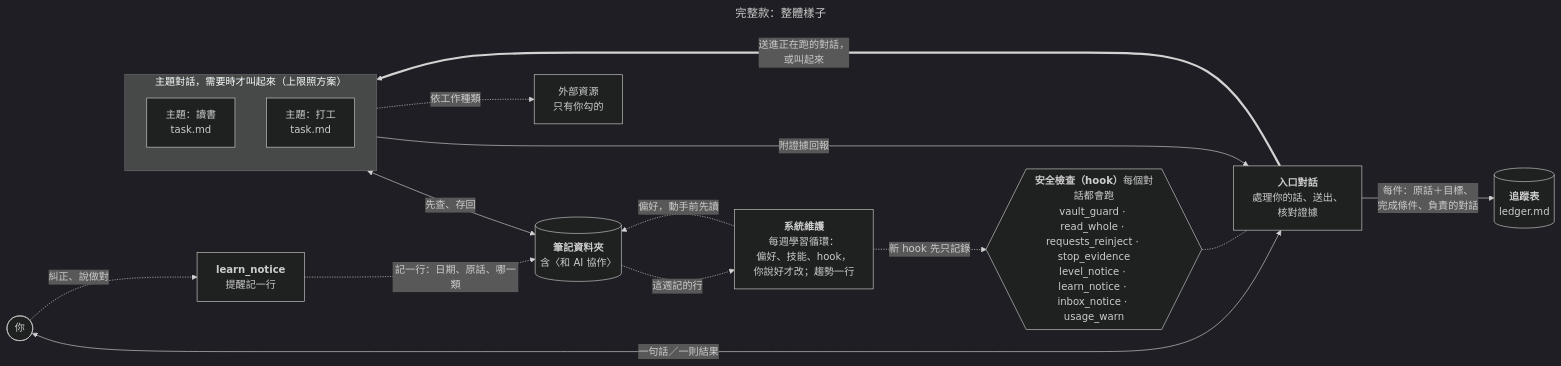
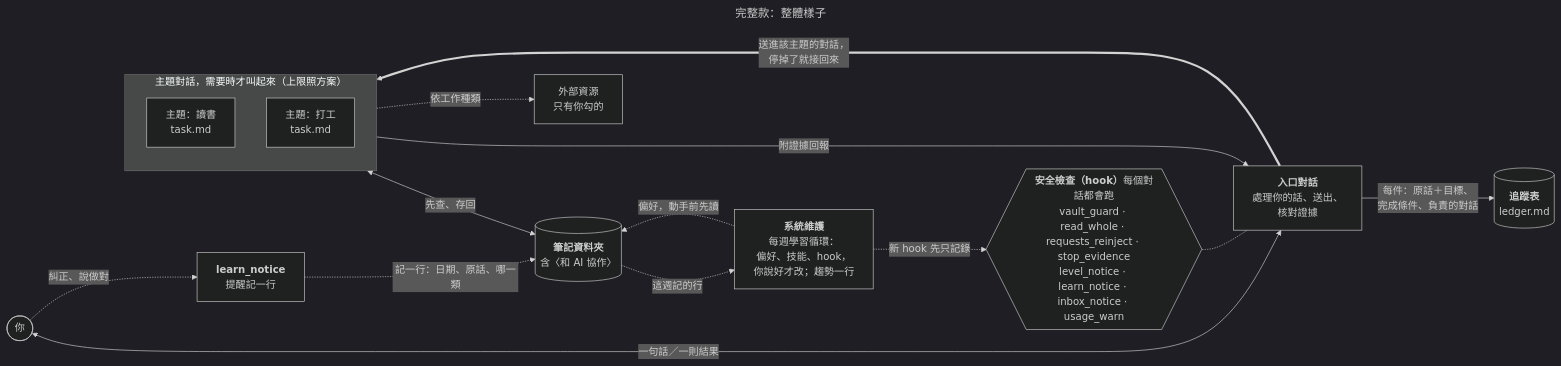
One commit to 0Smallcat0/second-brain-kit changed the first of 6 diagrams in docs/zh-TW/進階功能.md. Above: the diagram before and after it, drawn with Mermaid (dark theme). The commit also changed other lines of this file and 47 other files, not shown here.

````diff
--- a/docs/zh-TW/進階功能.md
+++ b/docs/zh-TW/進階功能.md
@@ -82,23 +82,23 @@
 ```mermaid
 ---
 title: "完整款：整體樣子"
 ---
 flowchart LR
   You(["你"]) <-->|"一句話／一則結果"| Entry["<b>入口對話</b><br/>處理你的話、送出、<br/>核對證據"]
   Entry -->|"每件：原話＋目標、<br/>完成條件、負責的對話"| Tracker[("<b>追蹤表</b><br/>ledger.md")]
   subgraph Topics["主題對話，需要時才叫起來（上限照方案）"]
     TA["主題：讀書<br/>task.md"]
     TB["主題：打工<br/>task.md"]
   end
-  Entry ==>|"送進正在跑的對話，<br/>或叫起來"| Topics
+  Entry ==>|"送進該主題的對話，<br/>停掉了就接回來"| Topics
   Topics -->|"附證據回報"| Entry
   Topics <-->|"先查、存回"| Vault[("<b>筆記資料夾</b><br/>含〈和 AI 協作〉")]
   You -.->|"糾正、說做對"| LN["<b>learn_notice</b><br/>提醒記一行"]
   LN -.->|"記一行：日期、原話、哪一類"| Vault
   Mnt["<b>系統維護</b><br/>每週學習循環：<br/>偏好、技能、hook，<br/>你說好才改；趨勢一行"]
   Vault -.->|"這週記的行"| Mnt
   Mnt -.->|"偏好，動手前先讀"| Vault
   Mnt -.->|"新 hook 先只記錄"| Hooks
   Topics -.->|依工作種類| Res["外部資源<br/>只有你勾的"]
   Hooks{{"<b>安全檢查（hook）</b>每個對話都會跑<br/>vault_guard · read_whole · requests_reinject · stop_evidence<br/>level_notice · learn_notice · inbox_notice · usage_warn"}} -.- Entry
 ```
````
